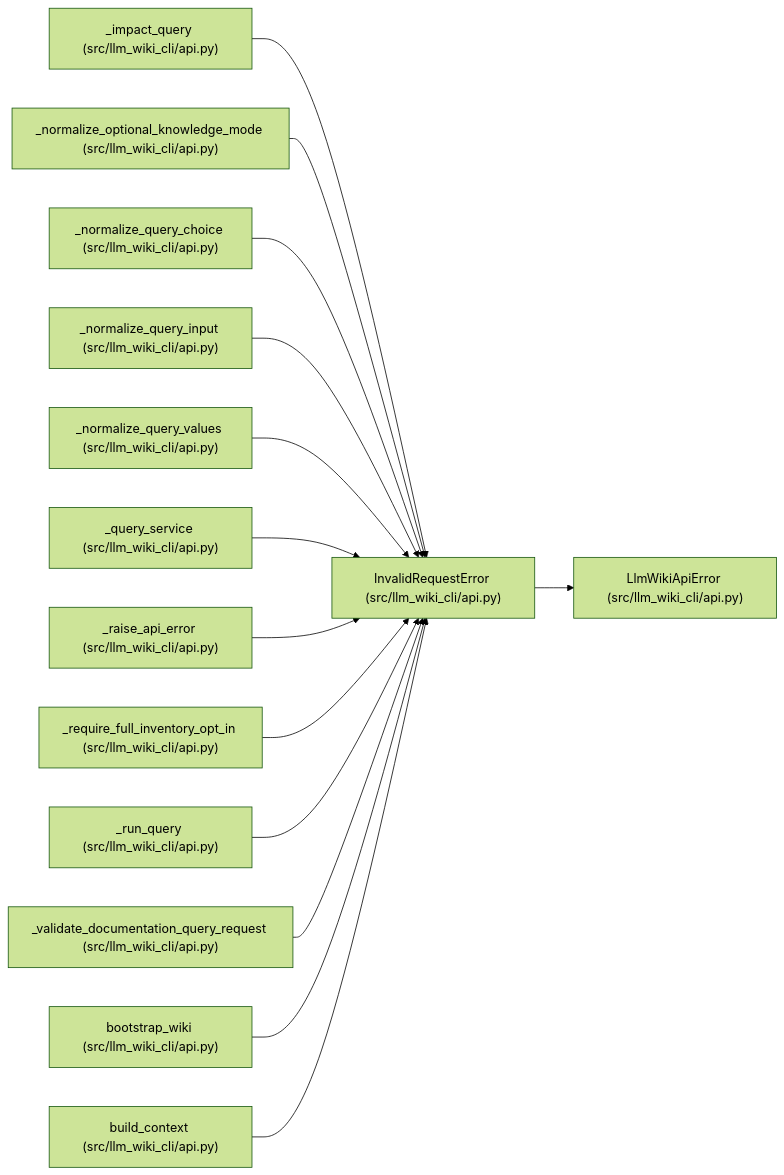
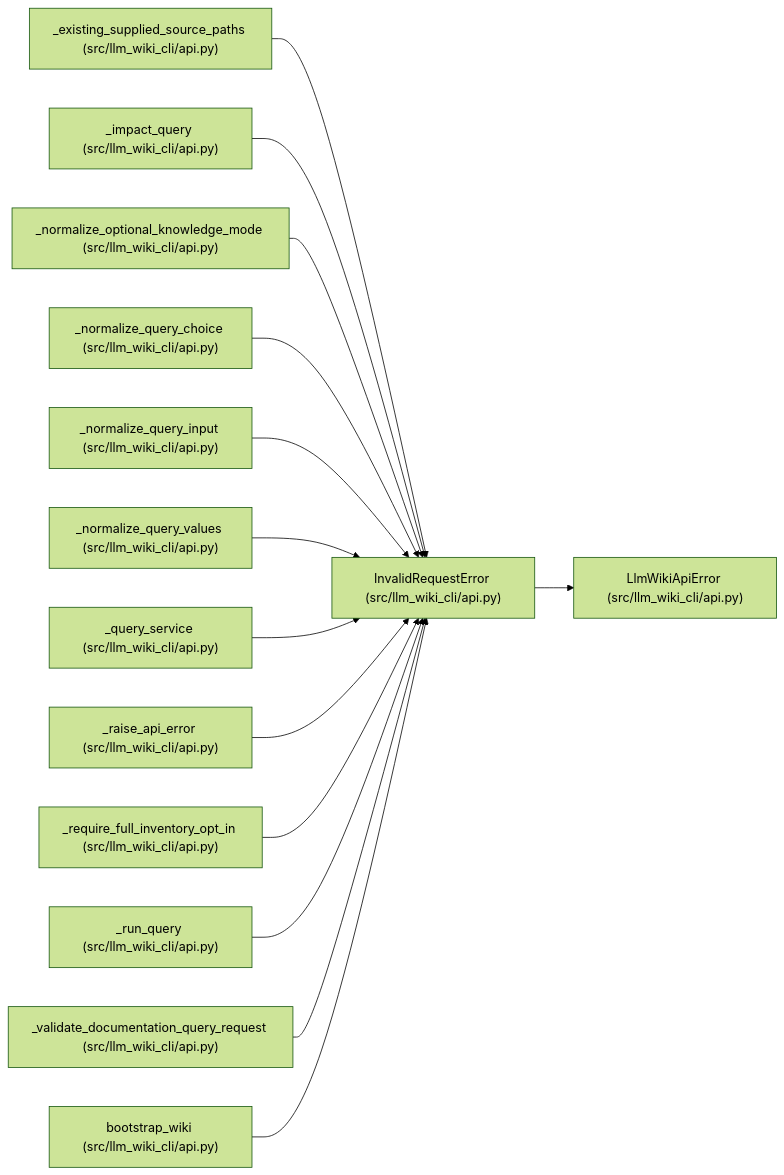
Before and after one commit to Denissvgn/python-wiki-llm: the diagram in docs/llm_wiki/entities/InvalidRequestError.md, drawn with Mermaid (forest theme). The commit also changed other lines of this file and 719 other files, not shown here.

````diff
--- a/docs/llm_wiki/entities/InvalidRequestError.md
+++ b/docs/llm_wiki/entities/InvalidRequestError.md
@@ -23,44 +23,44 @@
 ```mermaid
 flowchart LR
     n0["InvalidRequestError (src/llm_wiki_cli/api.py)"]
     n1["LlmWikiApiError (src/llm_wiki_cli/api.py)"]
-    n2["_impact_query (src/llm_wiki_cli/api.py)"]
-    n3["_normalize_optional_knowledge_mode (src/llm_wiki_cli/api.py)"]
-    n4["_normalize_query_choice (src/llm_wiki_cli/api.py)"]
-    n5["_normalize_query_input (src/llm_wiki_cli/api.py)"]
-    n6["_normalize_query_values (src/llm_wiki_cli/api.py)"]
-    n7["_query_service (src/llm_wiki_cli/api.py)"]
-    n8["_raise_api_error (src/llm_wiki_cli/api.py)"]
-    n9["_require_full_inventory_opt_in (src/llm_wiki_cli/api.py)"]
-    n10["_run_query (src/llm_wiki_cli/api.py)"]
-    n11["_validate_documentation_query_request (src/llm_wiki_cli/api.py)"]
-    n12["bootstrap_wiki (src/llm_wiki_cli/api.py)"]
-    n13["build_context (src/llm_wiki_cli/api.py)"]
+    n2["_existing_supplied_source_paths (src/llm_wiki_cli/api.py)"]
+    n3["_impact_query (src/llm_wiki_cli/api.py)"]
+    n4["_normalize_optional_knowledge_mode (src/llm_wiki_cli/api.py)"]
+    n5["_normalize_query_choice (src/llm_wiki_cli/api.py)"]
+    n6["_normalize_query_input (src/llm_wiki_cli/api.py)"]
+    n7["_normalize_query_values (src/llm_wiki_cli/api.py)"]
+    n8["_query_service (src/llm_wiki_cli/api.py)"]
+    n9["_raise_api_error (src/llm_wiki_cli/api.py)"]
+    n10["_require_full_inventory_opt_in (src/llm_wiki_cli/api.py)"]
+    n11["_run_query (src/llm_wiki_cli/api.py)"]
+    n12["_validate_documentation_query_request (src/llm_wiki_cli/api.py)"]
+    n13["bootstrap_wiki (src/llm_wiki_cli/api.py)"]
     n0 --> n1
     n2 --> n0
     n3 --> n0
     n4 --> n0
     n5 --> n0
     n6 --> n0
     n7 --> n0
     n8 --> n0
     n9 --> n0
     n10 --> n0
     n11 --> n0
     n12 --> n0
     n13 --> n0
     click n0 "../modules/api.md"
     click n1 "../modules/api.md"
     click n2 "../modules/api.md"
     click n3 "../modules/api.md"
     click n4 "../modules/api.md"
     click n5 "../modules/api.md"
     click n6 "../modules/api.md"
     click n7 "../modules/api.md"
     click n8 "../modules/api.md"
     click n9 "../modules/api.md"
     click n10 "../modules/api.md"
     click n11 "../modules/api.md"
     click n12 "../modules/api.md"
     click n13 "../modules/api.md"
 ```
````
